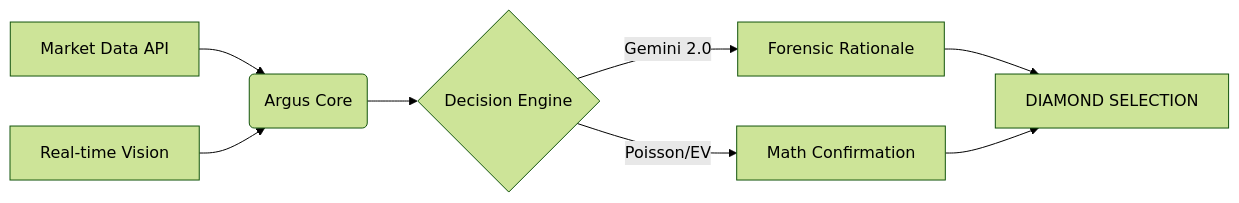
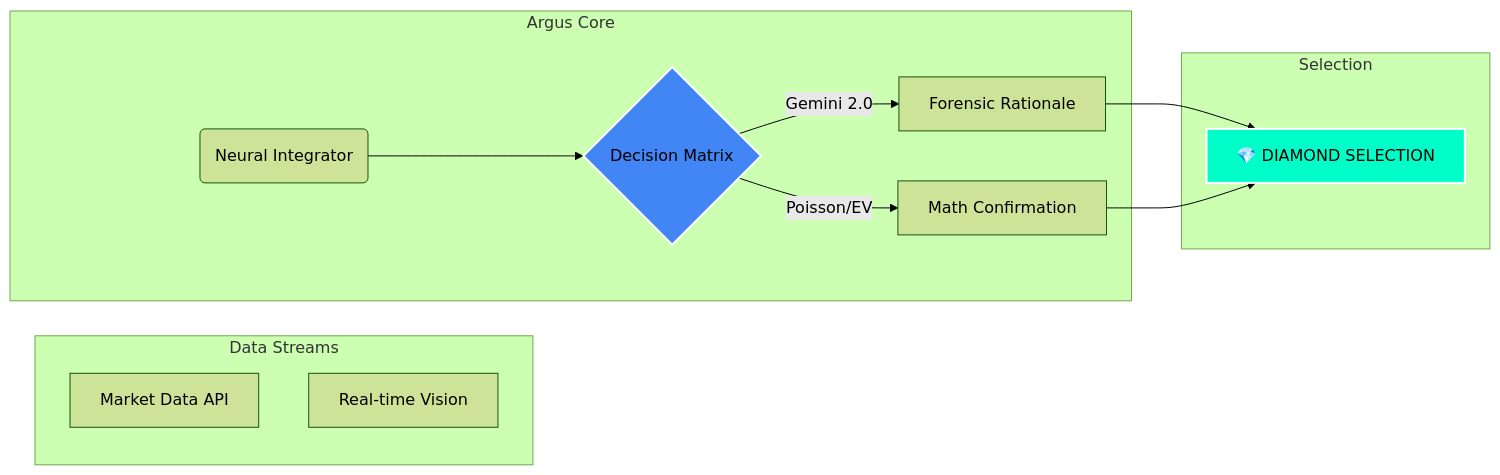
One commit to Bosniack-94/Argus-Quant changed the diagram in README.md. Above: the diagram before and after it, drawn with Mermaid (forest theme). The commit also changed other lines of this file and 1 other file, not shown here.

Commit message:
Branding: Premium Hero Banners, Architecture Diagrams & Aligned Aesthetic

````diff
--- a/README.md
+++ b/README.md
@@ -10,9 +20,20 @@
 ```mermaid
 graph LR
-    A[Market Data API] --> B(Argus Core)
-    C[Real-time Vision] --> B
-    B --> D{Decision Engine}
+    subgraph INPUT [Data Streams]
+    A[Market Data API] 
+    C[Real-time Vision]
+    end
+
+    subgraph ENGINE [Argus Core]
+    B(Neural Integrator) --> D{Decision Matrix}
     D -->|Gemini 2.0| E[Forensic Rationale]
     D -->|Poisson/EV| F[Math Confirmation]
-    E & F --> G[DIAMOND SELECTION]
+    end
+
+    subgraph OUTPUT [Selection]
+    E & F --> G[💎 DIAMOND SELECTION]
+    end
+
+    style G fill:#00ffc8,stroke:#fff,stroke-width:2px
+    style D fill:#4285F4,stroke:#fff,stroke-width:2px
 ```
````
